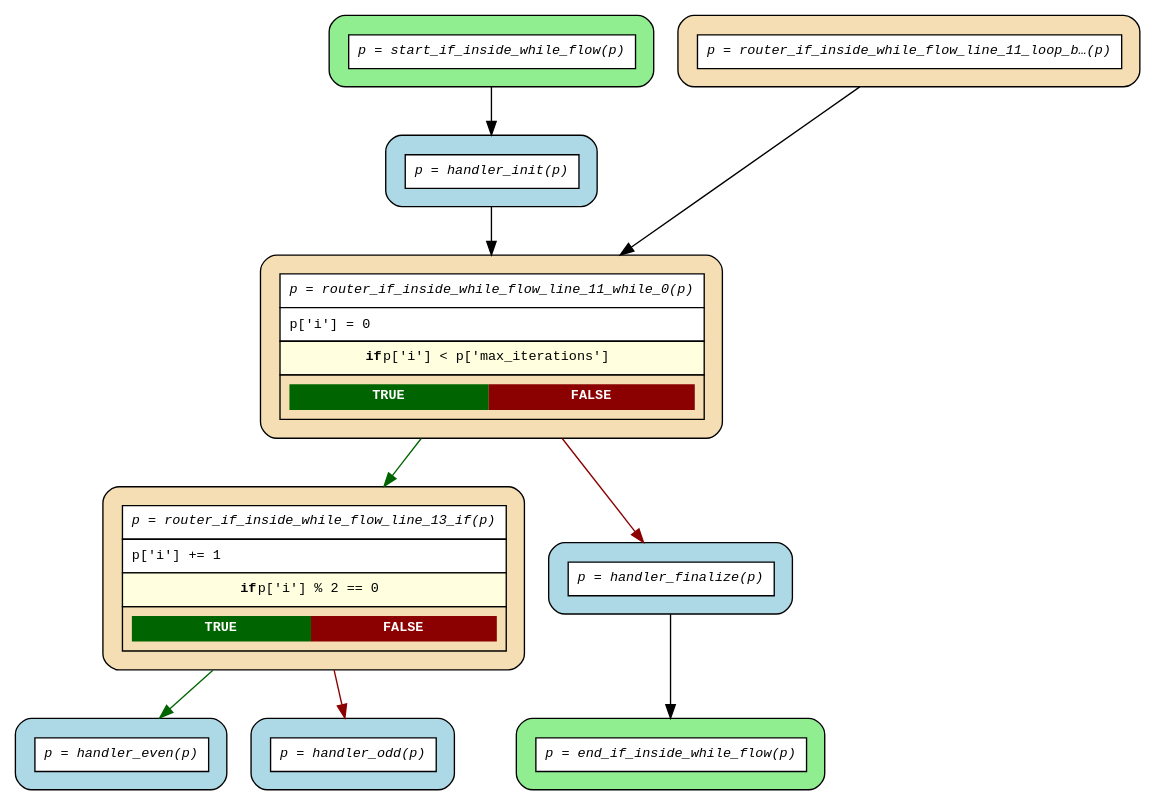
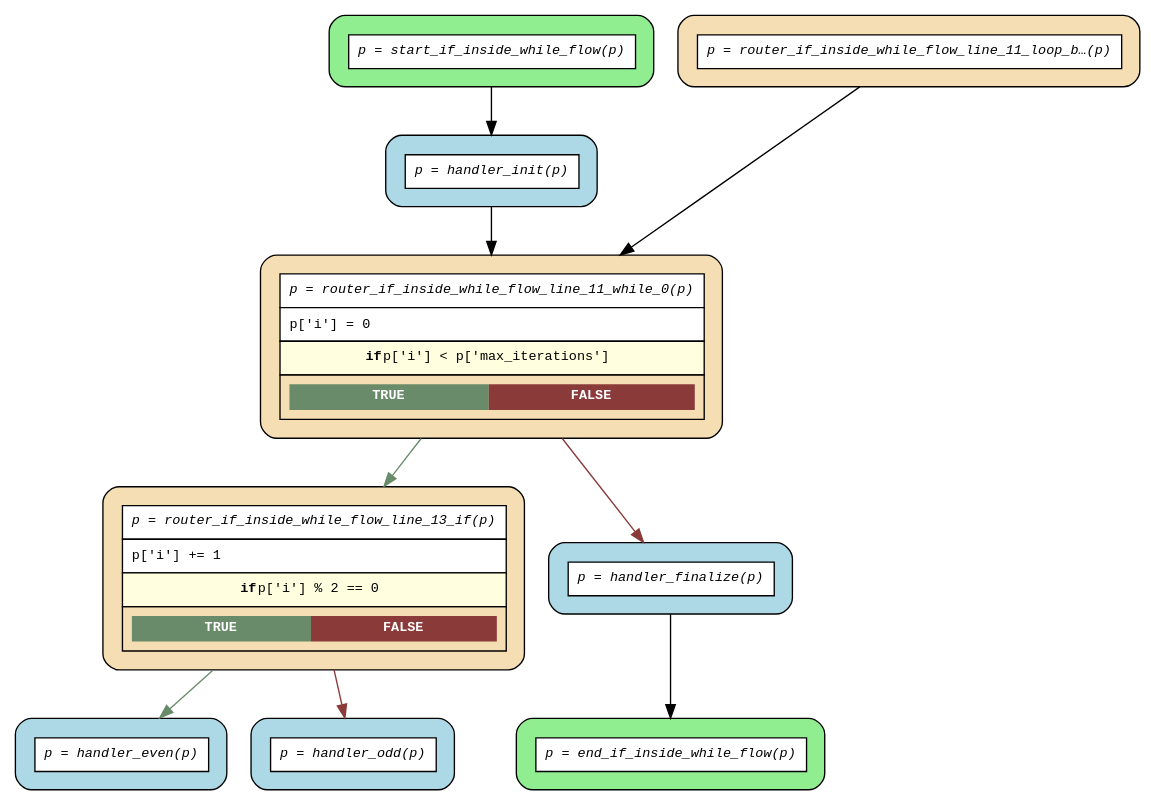
Before and after one commit to mrhillsman-enterprise-ai/asya: the diagram in examples/flows/compiled/while_with_if/flow.dot, drawn with Graphviz. The commit also changed 83 other files, not shown here.

First line of the commit message:
feat(flow): add try-except-finally support to Flow DSL compiler (#185)

```diff
--- a/examples/flows/compiled/while_with_if/flow.dot
+++ b/examples/flows/compiled/while_with_if/flow.dot
@@ -1,25 +1,25 @@
 digraph flow {
   rankdir=TB;
   graph [fontname="Courier", fontsize=10];
   node [fontname="Courier", fontsize=10, shape=box, style="filled,rounded", margin="0.2"];
   edge [fontname="Courier", fontsize=10];
 
   start_if_inside_while_flow [fillcolor="lightgreen", label=<<table border="0" cellspacing="0" cellpadding="6" cellborder="1"><tr><td bgcolor="white" align="center"><i>p = start_if_inside_while_flow(p)</i></td></tr></table>>];
-  router_if_inside_while_flow_line_13_if [fillcolor="wheat", label=<<table border="0" cellspacing="0" cellpadding="6" cellborder="1"><tr><td bgcolor="white" align="center"><i>p = router_if_inside_while_flow_line_13_if(p)</i></td></tr><tr><td bgcolor="white" align="left">p['i'] += 1</td></tr><tr><td bgcolor="lightyellow"><b>if</b> p['i'] % 2 == 0</td></tr><tr><td><table border="0" cellspacing="0" cellpadding="4"><tr><td bgcolor="darkgreen"><font color="white"><b>TRUE</b></font></td><td bgcolor="darkred"><font color="white"><b>FALSE</b></font></td></tr></table></td></tr></table>>];
+  router_if_inside_while_flow_line_13_if [fillcolor="wheat", label=<<table border="0" cellspacing="0" cellpadding="6" cellborder="1"><tr><td bgcolor="white" align="center"><i>p = router_if_inside_while_flow_line_13_if(p)</i></td></tr><tr><td bgcolor="white" align="left">p['i'] += 1</td></tr><tr><td bgcolor="lightyellow"><b>if</b> p['i'] % 2 == 0</td></tr><tr><td><table border="0" cellspacing="0" cellpadding="4"><tr><td bgcolor="darkseagreen4"><font color="white"><b>TRUE</b></font></td><td bgcolor="indianred4"><font color="white"><b>FALSE</b></font></td></tr></table></td></tr></table>>];
   router_if_inside_while_flow_line_11_loop_back_0 [fillcolor="wheat", label=<<table border="0" cellspacing="0" cellpadding="6" cellborder="1"><tr><td bgcolor="white" align="center"><i>p = router_if_inside_while_flow_line_11_loop_b…(p)</i></td></tr></table>>];
-  router_if_inside_while_flow_line_11_while_0 [fillcolor="wheat", label=<<table border="0" cellspacing="0" cellpadding="6" cellborder="1"><tr><td bgcolor="white" align="center"><i>p = router_if_inside_while_flow_line_11_while_0(p)</i></td></tr><tr><td bgcolor="white" align="left">p['i'] = 0</td></tr><tr><td bgcolor="lightyellow"><b>if</b> p['i'] &lt; p['max_iterations']</td></tr><tr><td><table border="0" cellspacing="0" cellpadding="4"><tr><td bgcolor="darkgreen"><font color="white"><b>TRUE</b></font></td><td bgcolor="darkred"><font color="white"><b>FALSE</b></font></td></tr></table></td></tr></table>>];
+  router_if_inside_while_flow_line_11_while_0 [fillcolor="wheat", label=<<table border="0" cellspacing="0" cellpadding="6" cellborder="1"><tr><td bgcolor="white" align="center"><i>p = router_if_inside_while_flow_line_11_while_0(p)</i></td></tr><tr><td bgcolor="white" align="left">p['i'] = 0</td></tr><tr><td bgcolor="lightyellow"><b>if</b> p['i'] &lt; p['max_iterations']</td></tr><tr><td><table border="0" cellspacing="0" cellpadding="4"><tr><td bgcolor="darkseagreen4"><font color="white"><b>TRUE</b></font></td><td bgcolor="indianred4"><font color="white"><b>FALSE</b></font></td></tr></table></td></tr></table>>];
   end_if_inside_while_flow [fillcolor="lightgreen", label=<<table border="0" cellspacing="0" cellpadding="6" cellborder="1"><tr><td bgcolor="white" align="center"><i>p = end_if_inside_while_flow(p)</i></td></tr></table>>];
   handler_even [fillcolor="lightblue", label=<<table border="0" cellspacing="0" cellpadding="6" cellborder="1"><tr><td bgcolor="white" align="center"><i>p = handler_even(p)</i></td></tr></table>>];
   handler_finalize [fillcolor="lightblue", label=<<table border="0" cellspacing="0" cellpadding="6" cellborder="1"><tr><td bgcolor="white" align="center"><i>p = handler_finalize(p)</i></td></tr></table>>];
   handler_init [fillcolor="lightblue", label=<<table border="0" cellspacing="0" cellpadding="6" cellborder="1"><tr><td bgcolor="white" align="center"><i>p = handler_init(p)</i></td></tr></table>>];
   handler_odd [fillcolor="lightblue", label=<<table border="0" cellspacing="0" cellpadding="6" cellborder="1"><tr><td bgcolor="white" align="center"><i>p = handler_odd(p)</i></td></tr></table>>];
 
   handler_finalize -> end_if_inside_while_flow;
   handler_init -> router_if_inside_while_flow_line_11_while_0;
   router_if_inside_while_flow_line_11_loop_back_0 -> router_if_inside_while_flow_line_11_while_0 [constraint=false];
-  router_if_inside_while_flow_line_11_while_0 -> handler_finalize [color=darkred];
-  router_if_inside_while_flow_line_11_while_0 -> router_if_inside_while_flow_line_13_if [color=darkgreen];
-  router_if_inside_while_flow_line_13_if -> handler_even [color=darkgreen];
-  router_if_inside_while_flow_line_13_if -> handler_odd [color=darkred];
+  router_if_inside_while_flow_line_11_while_0 -> handler_finalize [color=indianred4];
+  router_if_inside_while_flow_line_11_while_0 -> router_if_inside_while_flow_line_13_if [color=darkseagreen4];
+  router_if_inside_while_flow_line_13_if -> handler_even [color=darkseagreen4];
+  router_if_inside_while_flow_line_13_if -> handler_odd [color=indianred4];
   start_if_inside_while_flow -> handler_init;
 }
```
